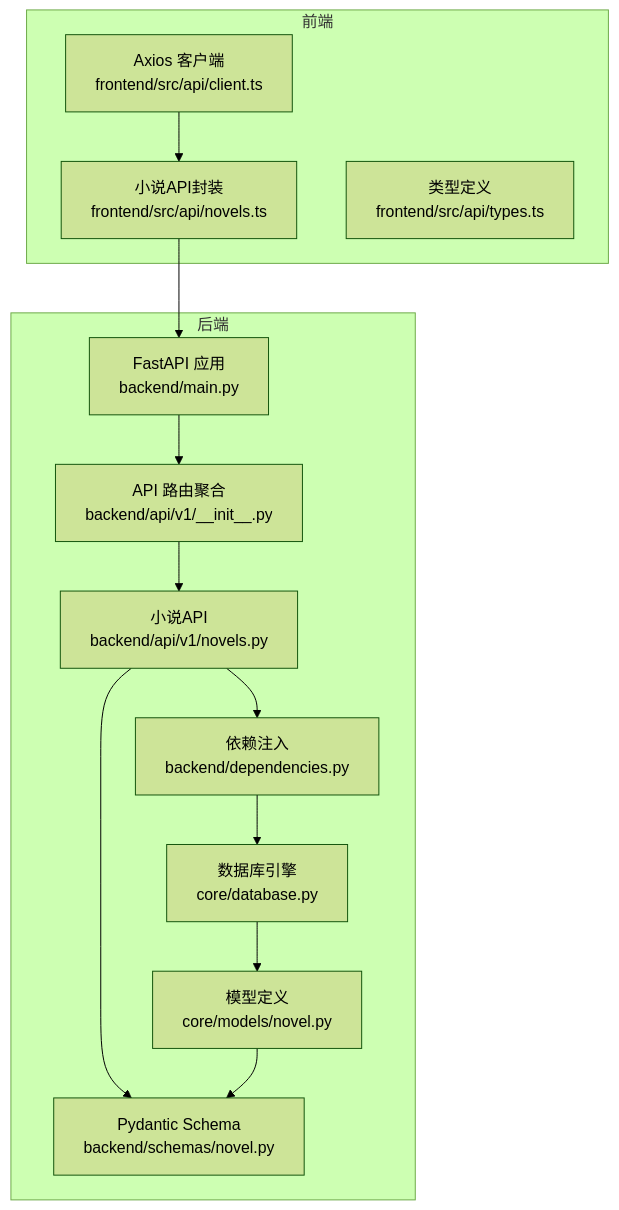
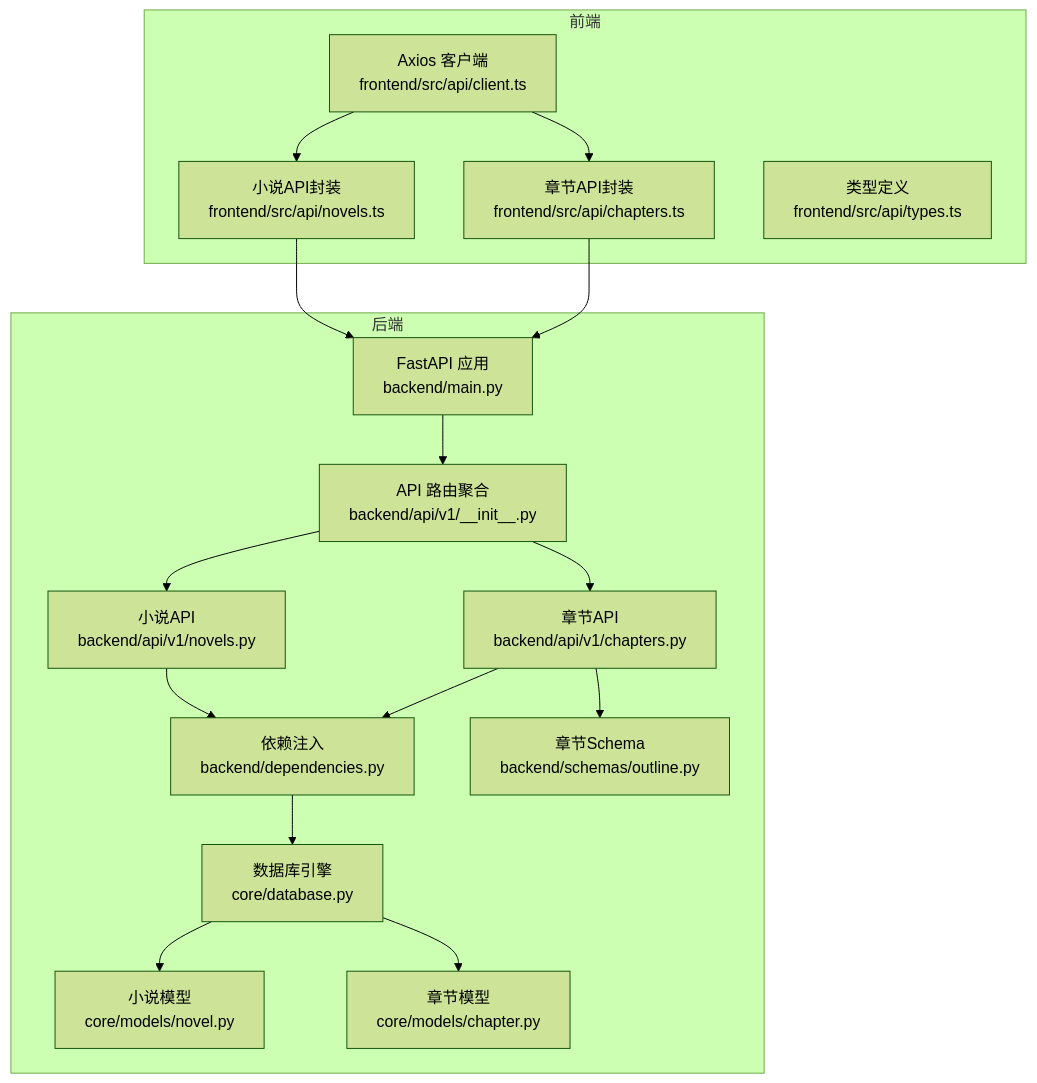
Before and after one commit to xfbyxq/ai-novel-system: the first of 7 diagrams in .qoder/repowiki/zh/content/API接口文档/小说管理API.md, drawn with Mermaid (forest theme). The commit also changed other lines of this file and 84 other files, not shown here.

````diff
--- a/.qoder/repowiki/zh/content/API接口文档/小说管理API.md
+++ b/.qoder/repowiki/zh/content/API接口文档/小说管理API.md
@@ -42,26 +49,33 @@
 ```mermaid
 graph TB
 subgraph "后端"
 A[FastAPI 应用<br/>backend/main.py]
 B[API 路由聚合<br/>backend/api/v1/__init__.py]
 C[小说API<br/>backend/api/v1/novels.py]
-D[依赖注入<br/>backend/dependencies.py]
-E[数据库引擎<br/>core/database.py]
-F[模型定义<br/>core/models/novel.py]
-G[Pydantic Schema<br/>backend/schemas/novel.py]
+D[章节API<br/>backend/api/v1/chapters.py]
+E[依赖注入<br/>backend/dependencies.py]
+F[数据库引擎<br/>core/database.py]
+G[小说模型<br/>core/models/novel.py]
+H[章节模型<br/>core/models/chapter.py]
+I[章节Schema<br/>backend/schemas/outline.py]
 end
 subgraph "前端"
-H[Axios 客户端<br/>frontend/src/api/client.ts]
-I[小说API封装<br/>frontend/src/api/novels.ts]
-J[类型定义<br/>frontend/src/api/types.ts]
+J[Axios 客户端<br/>frontend/src/api/client.ts]
+K[小说API封装<br/>frontend/src/api/novels.ts]
+L[章节API封装<br/>frontend/src/api/chapters.ts]
+M[类型定义<br/>frontend/src/api/types.ts]
 end
-H --> I
-I --> A
+J --> K
+J --> L
+K --> A
+L --> A
 A --> B
 B --> C
-C --> D
+B --> D
+C --> E
 D --> E
 E --> F
-C --> G
 F --> G
+F --> H
+D --> I
 ```
````
